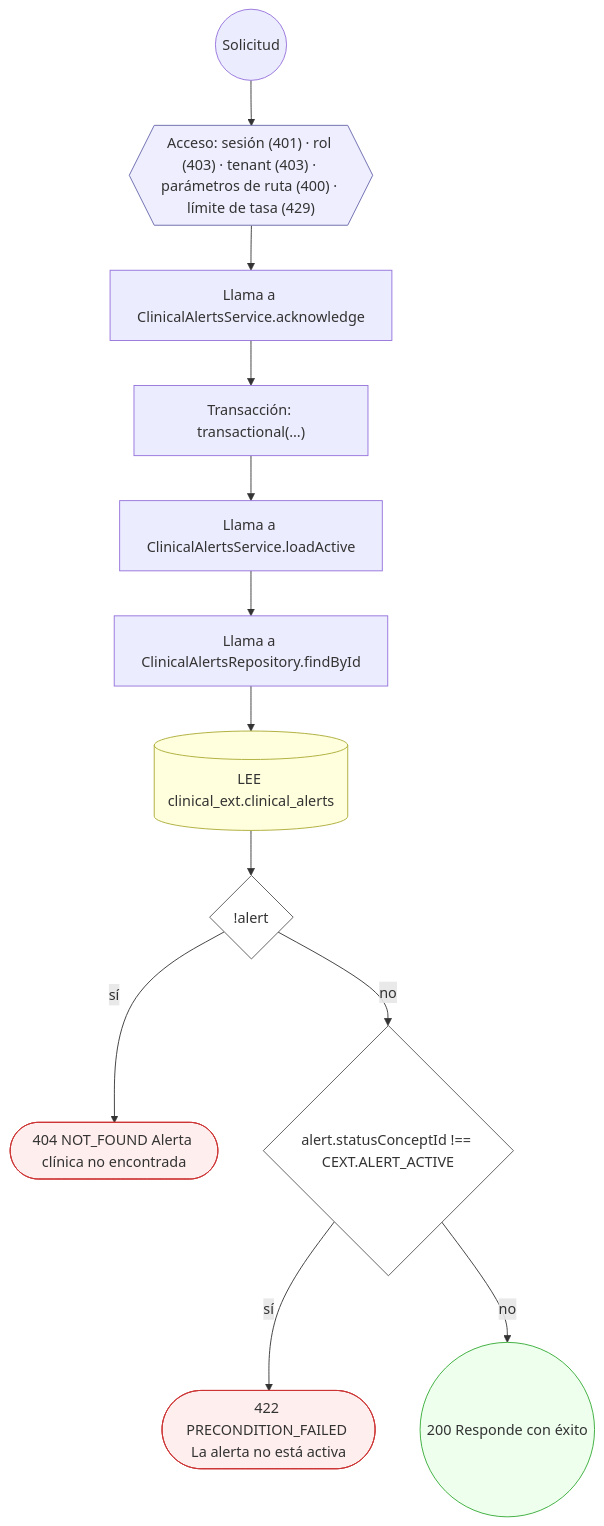
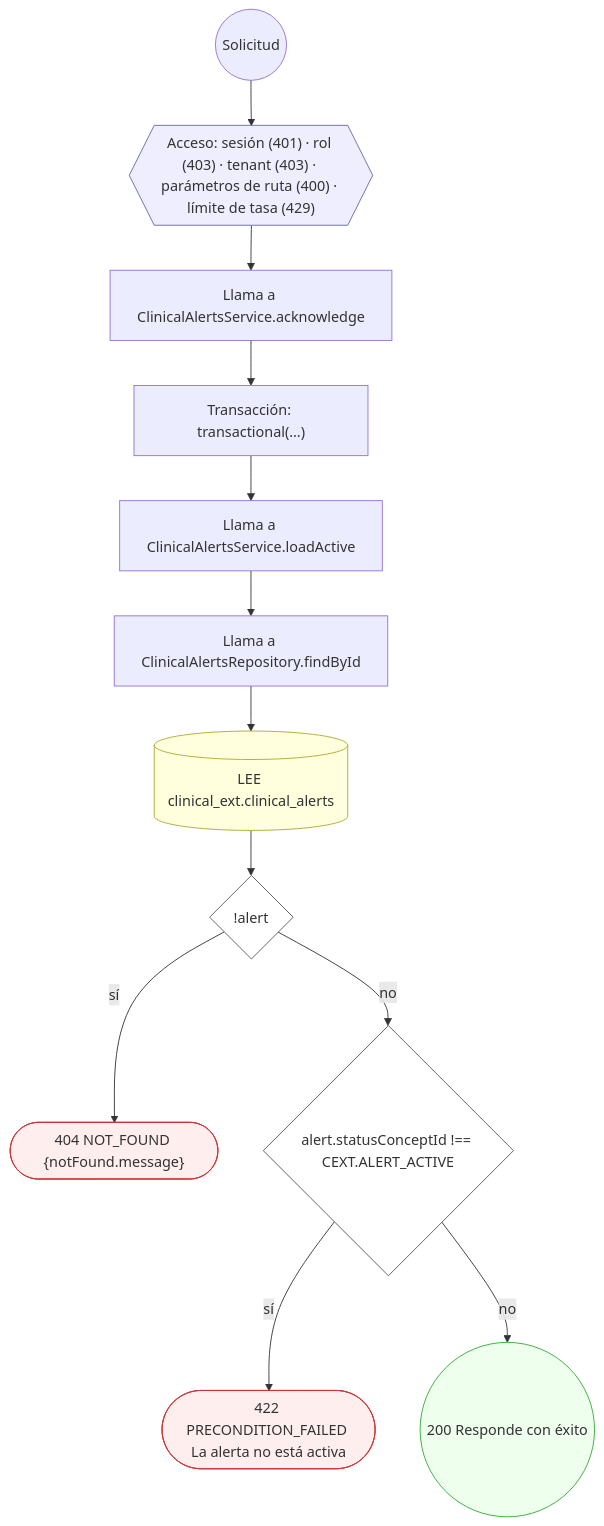
Diagram 13 of 26 in docs/inventario/flujos/clinical_ext.md (mdavila-2001/mantra-core-health-api), drawn with Mermaid before and after one commit. The commit also changed other lines of this file and 438 other files, not shown here.

````diff
--- a/docs/inventario/flujos/clinical_ext.md
+++ b/docs/inventario/flujos/clinical_ext.md
@@ -827,32 +990,32 @@
 ```mermaid
 flowchart TD
   n1(("Solicitud")):::inicio
   n2{{"Acceso: sesión (401) · rol (403) · tenant (403) · parámetros de ruta (400) · límite de tasa (429)"}}:::acceso
   n1 --> n2
   n3["Llama a ClinicalAlertsService.acknowledge"]:::llamada
   n2 --> n3
   n4["Transacción: transactional(…)"]:::transaccion
   n3 --> n4
   n5["Llama a ClinicalAlertsService.loadActive"]:::llamada
   n4 --> n5
   n6["Llama a ClinicalAlertsRepository.findById"]:::llamada
   n5 --> n6
   n7[("LEE clinical_ext.clinical_alerts")]:::efecto
   n6 --> n7
   n8{"!alert"}:::decision
   n7 --> n8
-  n9(["404 NOT_FOUND Alerta clínica no encontrada"]):::error
+  n9(["404 NOT_FOUND {notFound.message}"]):::error
   n8 -->|"sí"| n9
   n10{"alert.statusConceptId !== CEXT.ALERT_ACTIVE"}:::decision
   n8 -->|"no"| n10
   n11(["422 PRECONDITION_FAILED La alerta no está activa"]):::error
   n10 -->|"sí"| n11
   n12(("200 Responde con éxito")):::ok
   n10 -->|"no"| n12
   classDef acceso fill:#eef,stroke:#66a
   classDef error fill:#fee,stroke:#c33
   classDef ok fill:#efe,stroke:#3a3
   classDef efecto fill:#ffd,stroke:#aa3
   classDef decision fill:#fff,stroke:#555
   classDef corte fill:#eee,stroke:#999,stroke-dasharray: 4
 ```
````
